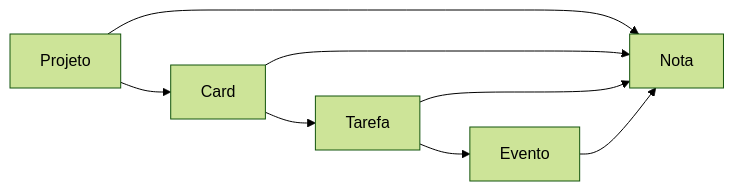
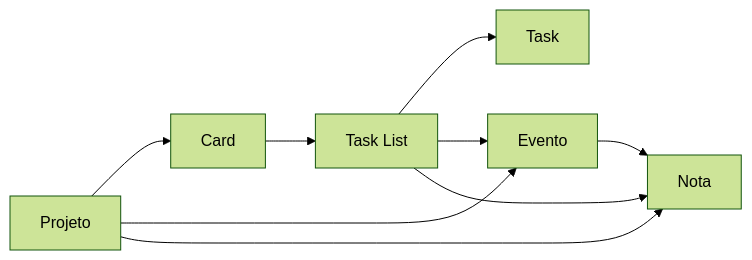
One commit to NycolasGarcia/Planner-Py changed the diagram in README.md. Above: the diagram before and after it, drawn with Mermaid (forest theme). The commit also changed other lines of this file and 17 other files, not shown here.

````diff
--- a/README.md
+++ b/README.md
@@ -40,5 +40,6 @@
 ```mermaid
 graph LR
-    P[Projeto] --> C[Card] --> T[Tarefa] --> E[Evento]
-    P & C & T & E --> N[Nota]
+    P[Projeto] --> C[Card] --> TL[Task List] --> T[Task]
+    P & TL --> E[Evento]
+    P & TL & E --> N[Nota]
 ```
````
